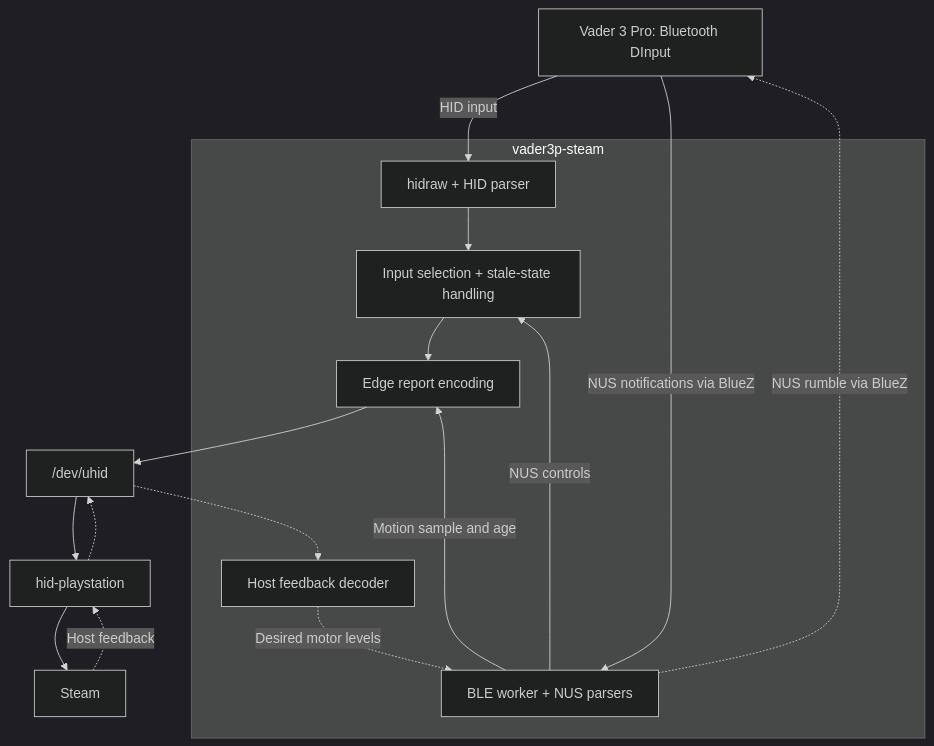
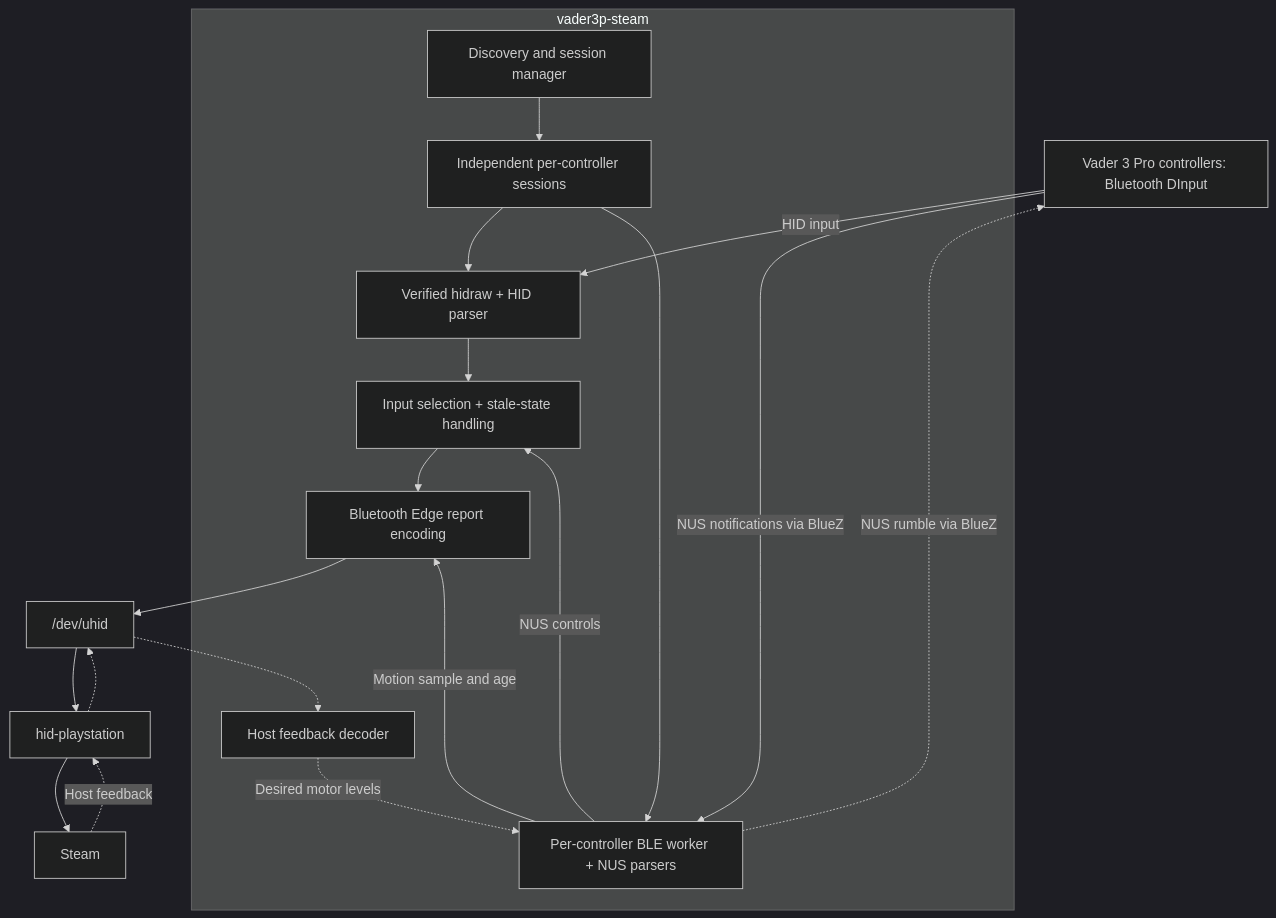
The first of 2 diagrams in ARCHITECTURE.md (Ownistic/vader3-pro-linux-driver), drawn with Mermaid (dark theme) before and after one commit. The commit also changed other lines of this file and 27 other files, not shown here.

Commit message:
feat(driver): isolate Bluetooth controller sessions

````diff
--- a/ARCHITECTURE.md
+++ b/ARCHITECTURE.md
@@ -13,29 +14,34 @@
 ```mermaid
 flowchart TB
-    controller["Vader 3 Pro: Bluetooth DInput"]
+    controllers["Vader 3 Pro controllers: Bluetooth DInput"]
     subgraph runtime["vader3p-steam"]
-        hid["hidraw + HID parser"]
-        ble["BLE worker + NUS parsers"]
+        manager["Discovery and session manager"]
+        sessions["Independent per-controller sessions"]
+        hid["Verified hidraw + HID parser"]
+        ble["Per-controller BLE worker + NUS parsers"]
         selection["Input selection + stale-state handling"]
-        reports["Edge report encoding"]
+        reports["Bluetooth Edge report encoding"]
         feedback["Host feedback decoder"]
     end
     uhid["/dev/uhid"]
     kernel["hid-playstation"]
     steam["Steam"]
 
-    controller -->|HID input| hid
-    controller -->|NUS notifications via BlueZ| ble
+    controllers -->|HID input| hid
+    controllers -->|NUS notifications via BlueZ| ble
+    manager --> sessions
+    sessions --> hid
+    sessions --> ble
     hid --> selection
     ble -->|NUS controls| selection
     ble -->|Motion sample and age| reports
     selection --> reports
     reports --> uhid
     uhid --> kernel
     kernel --> steam
     steam -.->|Host feedback| kernel
     kernel -.-> uhid
     uhid -.-> feedback
     feedback -.->|Desired motor levels| ble
-    ble -.->|NUS rumble via BlueZ| controller
+    ble -.->|NUS rumble via BlueZ| controllers
 ```
````
